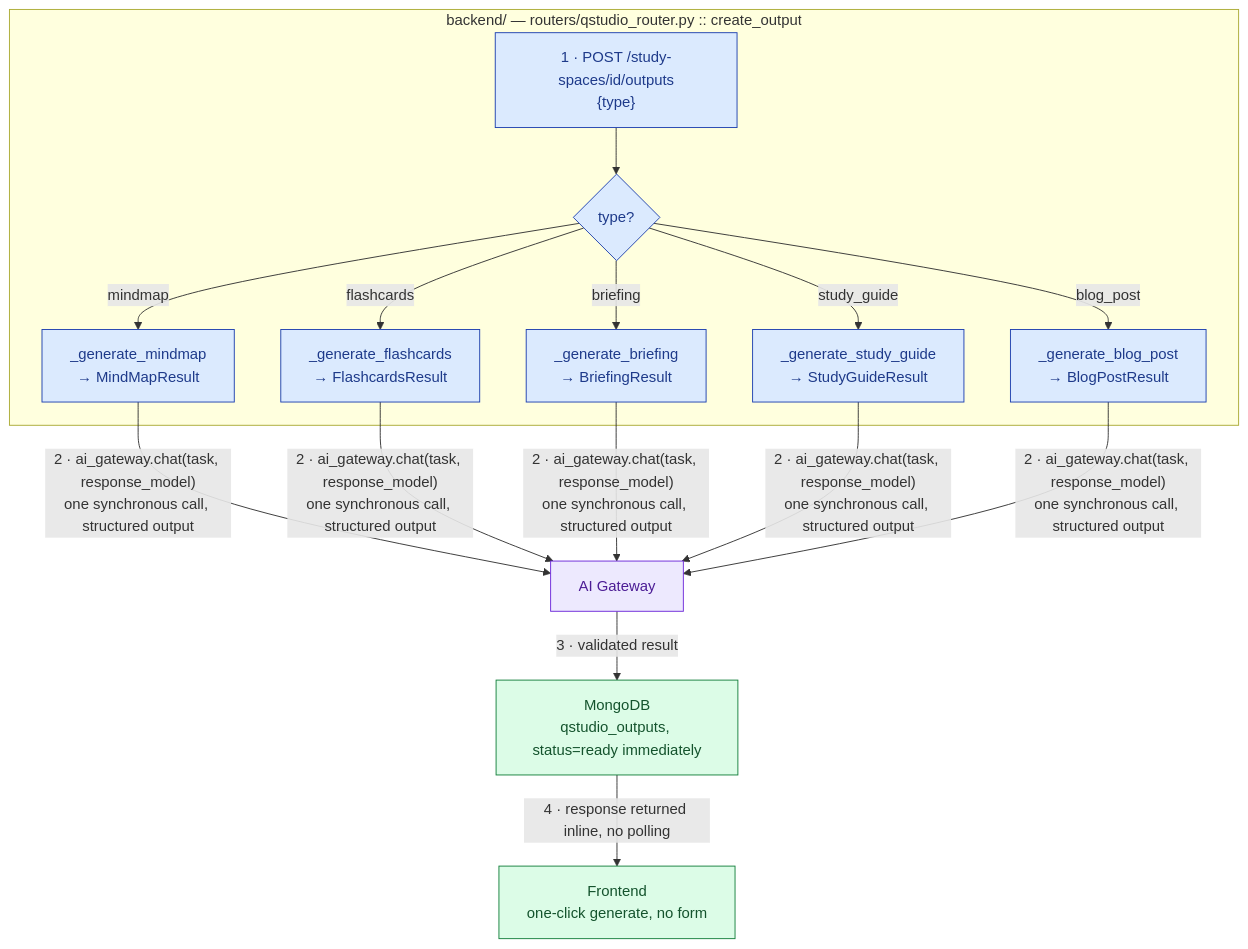
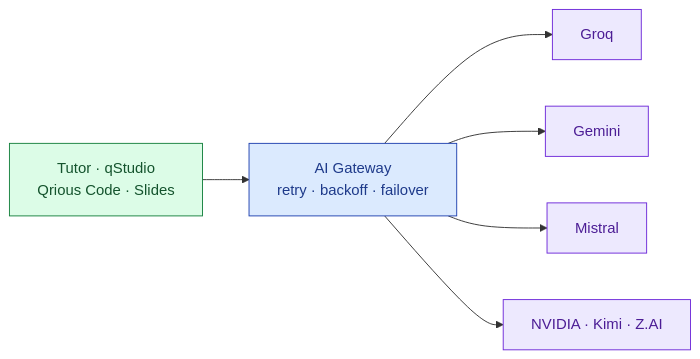
The fourth of 7 diagrams in README.md (sarvan-2187/sih), drawn with Mermaid before and after one commit. The commit also changed other lines of this file and 1 other file, not shown here.

````diff
--- a/README.md
+++ b/README.md
@@ -294,22 +140,12 @@
 ```mermaid
-flowchart TD
-    classDef frontend fill:#dcfce7,stroke:#15803d,color:#14532d
-    classDef api fill:#dbeafe,stroke:#1e40af,color:#1e3a8a
-    classDef provider fill:#ede9fe,stroke:#6d28d9,color:#4c1d95
-    classDef result fill:#dcfce7,stroke:#15803d,color:#14532d
+flowchart LR
+    classDef a fill:#dcfce7,stroke:#15803d,color:#14532d
+    classDef b fill:#dbeafe,stroke:#1e40af,color:#1e3a8a
+    classDef c fill:#ede9fe,stroke:#6d28d9,color:#4c1d95
 
-    FE["Frontend<br/>one-click generate, no form"]:::frontend
-
-    subgraph API_SVC["backend/ — routers/qstudio_router.py :: create_output"]
-        REQ["1 · POST /study-spaces/id/outputs<br/>{type}"]:::api --> DISPATCH{"type?"}:::api
-        DISPATCH -->|"mindmap"| MM["_generate_mindmap<br/>→ MindMapResult"]:::api
-        DISPATCH -->|"flashcards"| FC["_generate_flashcards<br/>→ FlashcardsResult"]:::api
-        DISPATCH -->|"briefing"| BR["_generate_briefing<br/>→ BriefingResult"]:::api
-        DISPATCH -->|"study_guide"| SG["_generate_study_guide<br/>→ StudyGuideResult"]:::api
-        DISPATCH -->|"blog_post"| BP["_generate_blog_post<br/>→ BlogPostResult"]:::api
-    end
-
-    MM & FC & BR & SG & BP -->|"2 · ai_gateway.chat(task, response_model)<br/>one synchronous call, structured output"| GW["AI Gateway"]:::provider
-    GW -->|"3 · validated result"| DB["MongoDB<br/>qstudio_outputs, status=ready immediately"]:::result
-    DB -->|"4 · response returned inline, no polling"| FE
+    F["Tutor · qStudio<br/>Qrious Code · Slides"]:::a --> GW["AI Gateway<br/>retry · backoff · failover"]:::b
+    GW --> P1["Groq"]:::c
+    GW --> P2["Gemini"]:::c
+    GW --> P3["Mistral"]:::c
+    GW --> P4["NVIDIA · Kimi · Z.AI"]:::c
 ```
````
